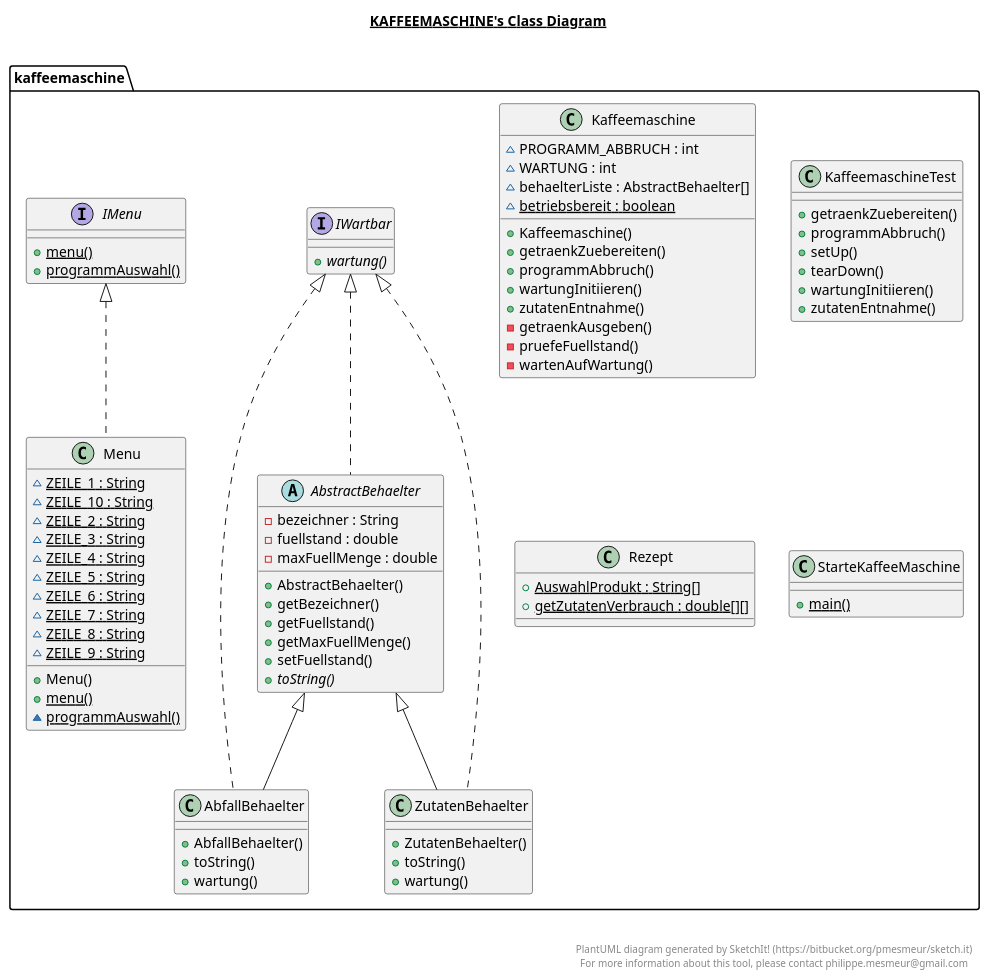
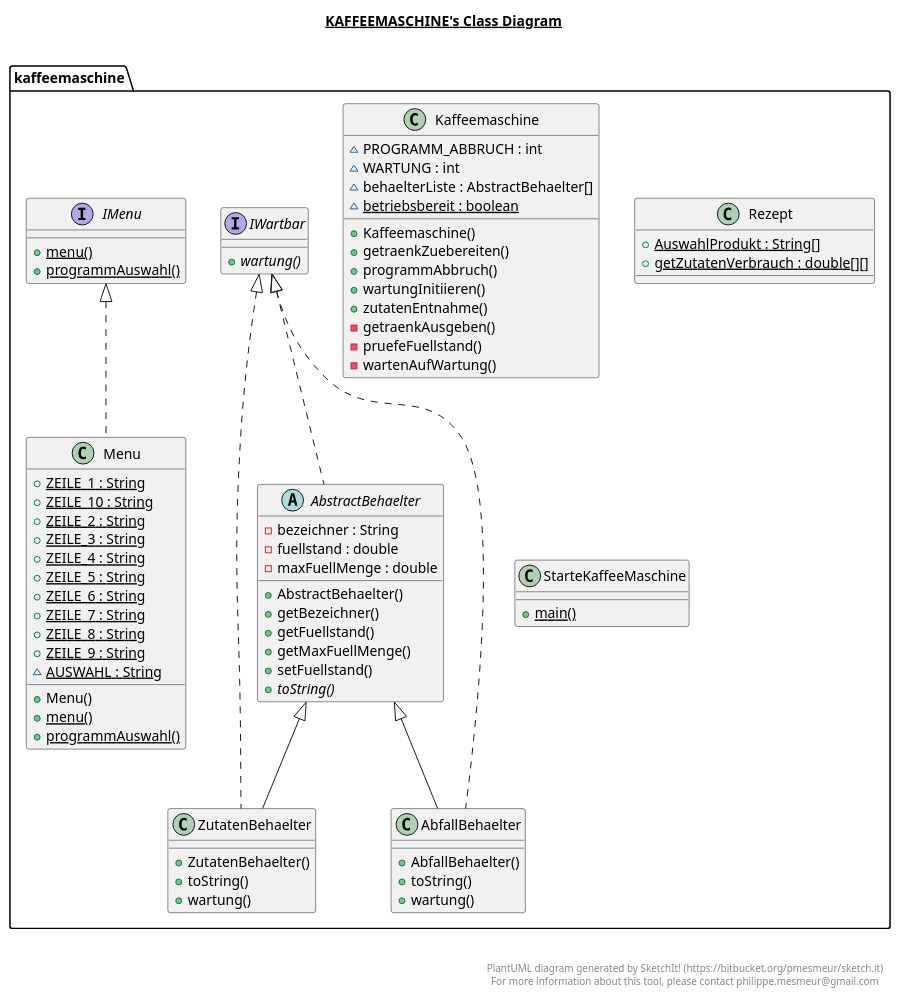
Before and after one commit to luzumi/KaffeeMaschine: the diagram in src/kaffeemaschine/kaffeemaschine.plantuml, drawn with PlantUML. The commit also changed 10 other files, not shown here.

First line of the commit message:
Kaffeemaschine TODO Fehlerbehandlung - Exceptions bei Wartung und UserAbbruch

```diff
--- a/src/kaffeemaschine/kaffeemaschine.plantuml
+++ b/src/kaffeemaschine/kaffeemaschine.plantuml
@@ -1,132 +1,121 @@
 @startuml
 
 title __KAFFEEMASCHINE's Class Diagram__\n
 
   namespace kaffeemaschine {
     class kaffeemaschine.AbfallBehaelter {
         + AbfallBehaelter()
         + toString()
         + wartung()
     }
   }
   
 
   namespace kaffeemaschine {
     abstract class kaffeemaschine.AbstractBehaelter {
         - bezeichner : String
         - fuellstand : double
         - maxFuellMenge : double
         + AbstractBehaelter()
         + getBezeichner()
         + getFuellstand()
         + getMaxFuellMenge()
         + setFuellstand()
         {abstract} + toString()
     }
   }
   
 
   namespace kaffeemaschine {
     interface kaffeemaschine.IMenu {
         {static} + menu()
         {static} + programmAuswahl()
     }
   }
   
 
   namespace kaffeemaschine {
     interface kaffeemaschine.IWartbar {
         {abstract} + wartung()
     }
   }
   
 
   namespace kaffeemaschine {
     class kaffeemaschine.Kaffeemaschine {
         ~ PROGRAMM_ABBRUCH : int
         ~ WARTUNG : int
         ~ behaelterListe : AbstractBehaelter[]
         {static} ~ betriebsbereit : boolean
         + Kaffeemaschine()
         + getraenkZuebereiten()
         + programmAbbruch()
         + wartungInitiieren()
         + zutatenEntnahme()
         - getraenkAusgeben()
         - pruefeFuellstand()
         - wartenAufWartung()
     }
   }
   
 
   namespace kaffeemaschine {
-    class kaffeemaschine.KaffeemaschineTest {
-        + getraenkZuebereiten()
-        + programmAbbruch()
-        + setUp()
-        + tearDown()
-        + wartungInitiieren()
-        + zutatenEntnahme()
-    }
-  }
-  
-
-  namespace kaffeemaschine {
     class kaffeemaschine.Menu {
-        {static} ~ ZEILE_1 : String
-        {static} ~ ZEILE_10 : String
-        {static} ~ ZEILE_2 : String
-        {static} ~ ZEILE_3 : String
-        {static} ~ ZEILE_4 : String
-        {static} ~ ZEILE_5 : String
-        {static} ~ ZEILE_6 : String
-        {static} ~ ZEILE_7 : String
-        {static} ~ ZEILE_8 : String
-        {static} ~ ZEILE_9 : String
+        {static} + ZEILE_1 : String
+        {static} + ZEILE_10 : String
+        {static} + ZEILE_2 : String
+        {static} + ZEILE_3 : String
+        {static} + ZEILE_4 : String
+        {static} + ZEILE_5 : String
+        {static} + ZEILE_6 : String
+        {static} + ZEILE_7 : String
+        {static} + ZEILE_8 : String
+        {static} + ZEILE_9 : String
+        {static} ~ AUSWAHL : String
         + Menu()
         {static} + menu()
-        {static} ~ programmAuswahl()
+        {static} + programmAuswahl()
     }
   }
   
 
   namespace kaffeemaschine {
     class kaffeemaschine.Rezept {
         {static} + AuswahlProdukt : String[]
         {static} + getZutatenVerbrauch : double[][]
     }
   }
   
 
   namespace kaffeemaschine {
     class kaffeemaschine.StarteKaffeeMaschine {
         {static} + main()
     }
   }
   
 
   namespace kaffeemaschine {
     class kaffeemaschine.ZutatenBehaelter {
         + ZutatenBehaelter()
         + toString()
         + wartung()
     }
   }
   
 
   kaffeemaschine.AbfallBehaelter .up.|> kaffeemaschine.IWartbar
   kaffeemaschine.AbfallBehaelter -up-|> kaffeemaschine.AbstractBehaelter
   kaffeemaschine.AbstractBehaelter .up.|> kaffeemaschine.IWartbar
   kaffeemaschine.Menu .up.|> kaffeemaschine.IMenu
   kaffeemaschine.ZutatenBehaelter .up.|> kaffeemaschine.IWartbar
   kaffeemaschine.ZutatenBehaelter -up-|> kaffeemaschine.AbstractBehaelter
 
 
 right footer
 
 
 PlantUML diagram generated by SketchIt! (https://bitbucket.org/pmesmeur/sketch.it)
 For more information about this tool, please contact philippe.mesmeur@gmail.com
 endfooter
 
 @enduml
```
